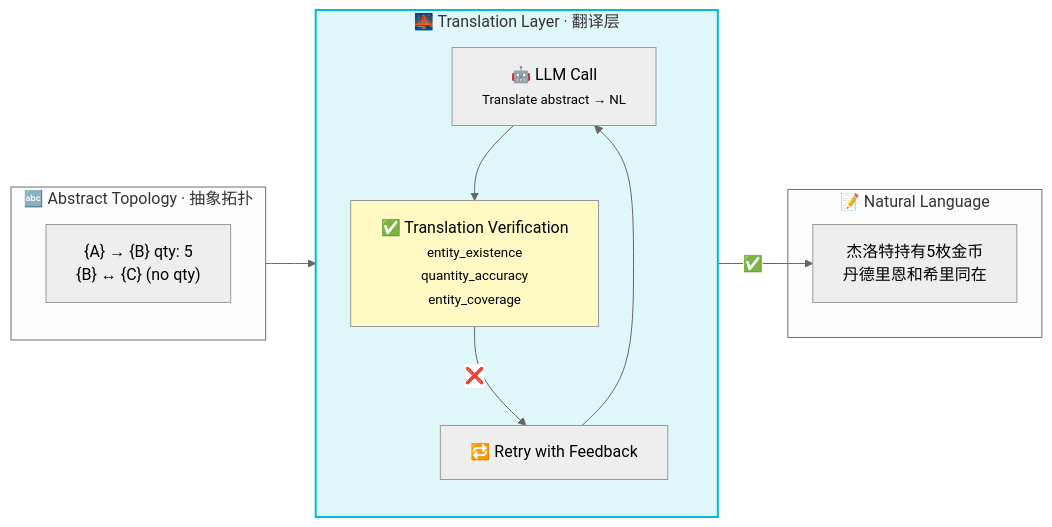
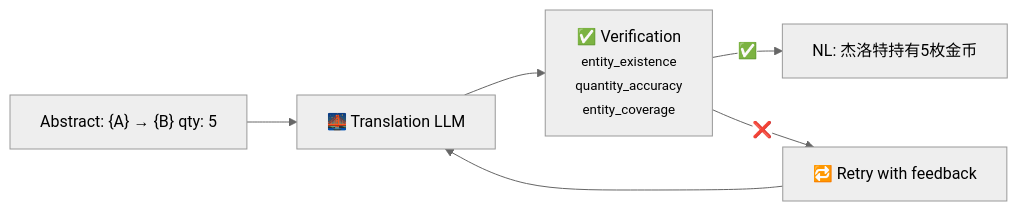
The third of 4 diagrams in README.md (Asher0501/AgentWorld), drawn with Mermaid (neutral theme) before and after one commit. The commit also changed other lines of this file, not shown here.

````diff
--- a/README.md
+++ b/README.md
@@ -387,26 +423,12 @@
 ```mermaid
 flowchart LR
-    subgraph Raw["🔤 Abstract Topology · 抽象拓扑"]
-        A["{A} → {B} qty: 5<br/>{B} ↔ {C} (no qty)"]
-    end
+    RAW["Abstract: {A} → {B} qty: 5"]
+    TL["🌉 Translation LLM"]
+    TV["✅ Verification<br/><small>entity_existence<br/>quantity_accuracy<br/>entity_coverage</small>"]
+    NL["NL: 杰洛特持有5枚金币"]
+    RET["🔁 Retry with feedback"]
 
-    subgraph TL2["🌉 Translation Layer · 翻译层"]
-        direction TB
-        LLM["🤖 LLM Call<br/><small>Translate abstract → NL</small>"]
-        TV["✅ Translation Verification<br/><small>entity_existence<br/>quantity_accuracy<br/>entity_coverage</small>"]
-        RET["🔁 Retry with Feedback"]
-        LLM --> TV
-        TV -->|"❌"| RET
-        RET --> LLM
-    end
-
-    subgraph NL["📝 Natural Language"]
-        OUT[""杰洛特持有5枚金币<br/>丹德里恩和希里同在""]
-    end
-
-    Raw --> LLM
-    TV -->|"✅"| OUT
-
-    style TL2 fill:#e0f7fa,stroke:#00bcd4,stroke-width:2px
-    style TV fill:#fff9c4
+    RAW --> TL --> TV
+    TV -->|✅| NL
+    TV -->|❌| RET --> TL
 ```
````
